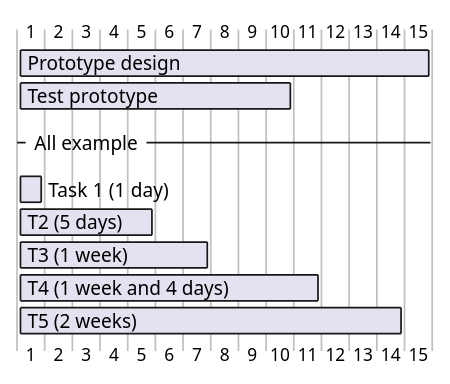
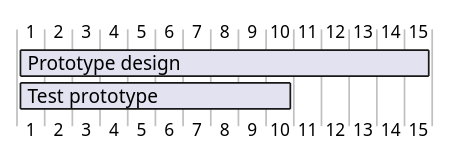
One commit to facund015/codeRelatedObsidianNotes changed the diagram in Diagramas.md. Above: the diagram before and after it, drawn with PlantUML.

Commit message:
vault backup: 2021-09-29 12:07:37

````diff
--- a/Diagramas.md
+++ b/Diagramas.md
@@ -1,16 +1,12 @@
 ```plantuml
 
 @startgantt
 [Prototype design] lasts 15 days
 [Test prototype] lasts 10 days
--- All example --
-[Task 1 (1 day)] lasts 1 day
-[T2 (5 days)] lasts 5 days
-[T3 (1 week)] lasts 1 week
-[T4 (1 week and 4 days)] lasts 1 week and 4 days
-[T5 (2 weeks)] lasts 2 weeks
+
+
 @endgantt
 
 
 
 ```
````
